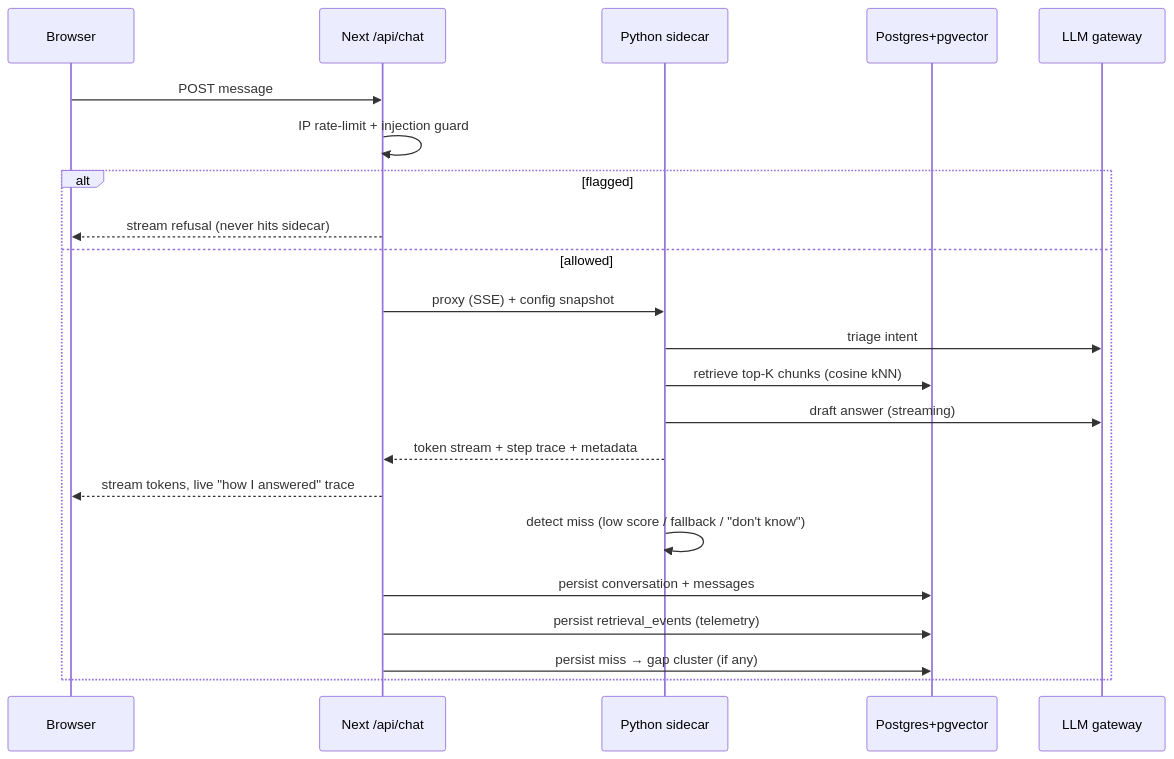
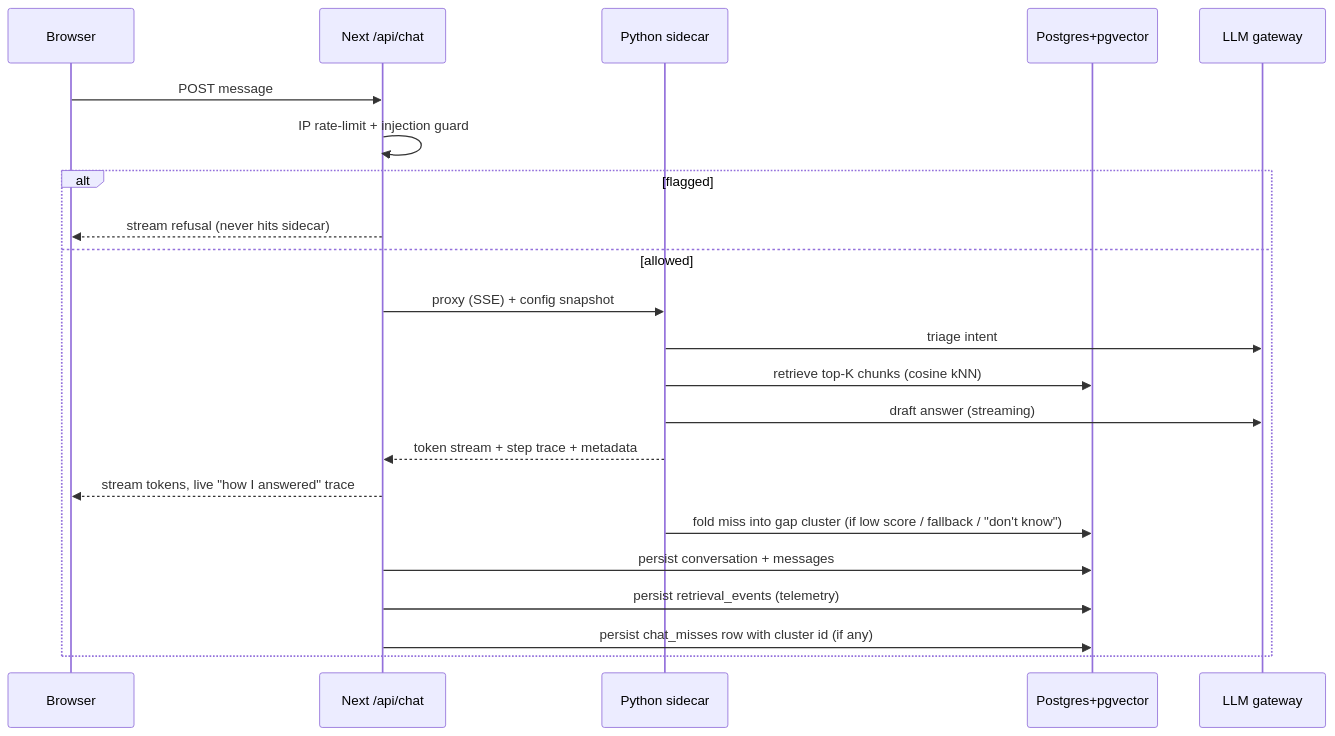
Before and after one commit to naingoted/meclaw: the second of 2 diagrams in README.md, drawn with Mermaid. The commit also changed other lines of this file and 5 other files, not shown here.

Commit message:
docs: align architecture docs with code

````diff
--- a/README.md
+++ b/README.md
@@ -74,25 +82,25 @@
 ```mermaid
 sequenceDiagram
     participant B as Browser
     participant N as Next /api/chat
     participant AI as Python sidecar
     participant PG as Postgres+pgvector
     participant GW as LLM gateway
 
     B->>N: POST message
     N->>N: IP rate-limit + injection guard
     alt flagged
         N-->>B: stream refusal (never hits sidecar)
     else allowed
         N->>AI: proxy (SSE) + config snapshot
         AI->>GW: triage intent
         AI->>PG: retrieve top-K chunks (cosine kNN)
         AI->>GW: draft answer (streaming)
         AI-->>N: token stream + step trace + metadata
         N-->>B: stream tokens, live "how I answered" trace
-        AI->>AI: detect miss (low score / fallback / "don't know")
+        AI->>PG: fold miss into gap cluster (if low score / fallback / "don't know")
         N->>PG: persist conversation + messages
         N->>PG: persist retrieval_events (telemetry)
-        N->>PG: persist miss → gap cluster (if any)
+        N->>PG: persist chat_misses row with cluster id (if any)
     end
 ```
````
